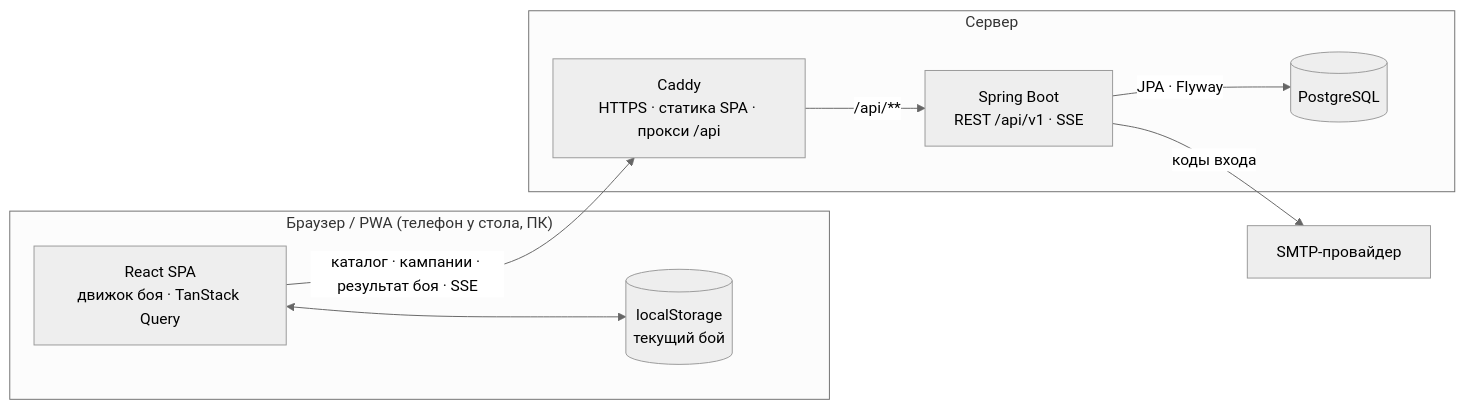
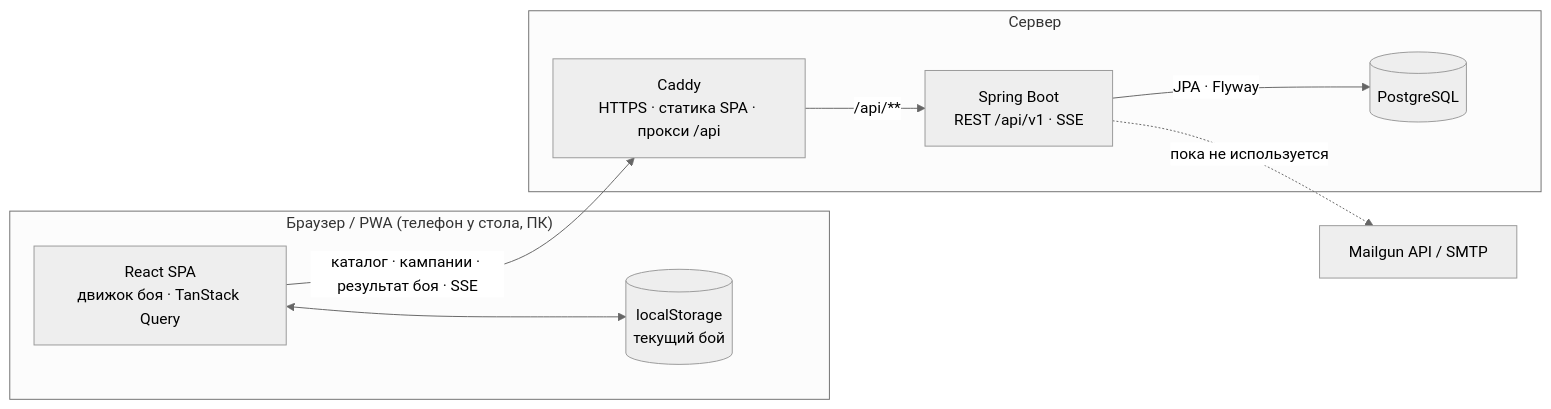
Before and after one commit to ViktorEvdokimov/primalApp: the diagram in web/doc/architecture.md, drawn with Mermaid (neutral theme). The commit also changed other lines of this file and 95 other files, not shown here.

````diff
--- a/web/doc/architecture.md
+++ b/web/doc/architecture.md
@@ -77,18 +78,18 @@
 ```mermaid
 flowchart LR
     subgraph C["Браузер / PWA (телефон у стола, ПК)"]
         SPA["React SPA<br/>движок боя · TanStack Query"]
         LS[("localStorage<br/>текущий бой")]
         SPA <--> LS
     end
     subgraph S["Сервер"]
         CADDY["Caddy<br/>HTTPS · статика SPA · прокси /api"]
         API["Spring Boot<br/>REST /api/v1 · SSE"]
         DB[("PostgreSQL")]
     end
-    MAIL["SMTP-провайдер"]
+    MAIL["Mailgun API / SMTP"]
     SPA -- "каталог · кампании · результат боя · SSE" --> CADDY
     CADDY -- "/api/**" --> API
     API -- "JPA · Flyway" --> DB
-    API -- "коды входа" --> MAIL
+    API -. "пока не используется" .-> MAIL
 ```
````
